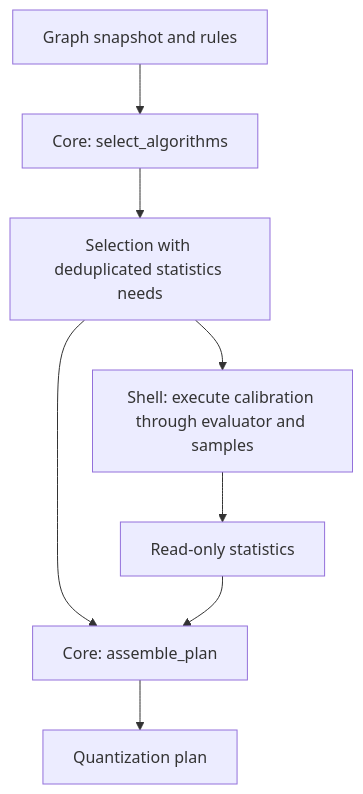
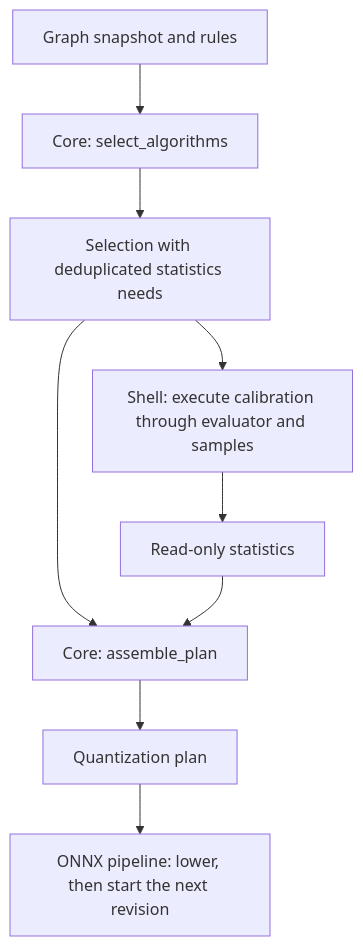
The diagram in src/qraft/algorithms/README.md (Red-Eyed/Qraft), drawn with Mermaid before and after one commit. The commit also changed other lines of this file and 15 other files, not shown here.

First line of the commit message:
Add ONNX lowering and runtime quantization pipeline

````diff
--- a/src/qraft/algorithms/README.md
+++ b/src/qraft/algorithms/README.md
@@ -24,10 +25,11 @@
 ```mermaid
 flowchart TD
     A[Graph snapshot and rules] --> B[Core: select_algorithms]
     B --> C[Selection with deduplicated statistics needs]
     C --> D[Shell: execute calibration through evaluator and samples]
     D --> E[Read-only statistics]
     C --> F[Core: assemble_plan]
     E --> F
     F --> G[Quantization plan]
+    G --> H[ONNX pipeline: lower, then start the next revision]
 ```
````
